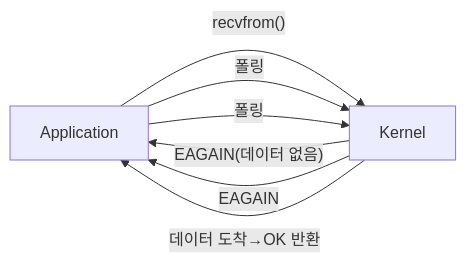
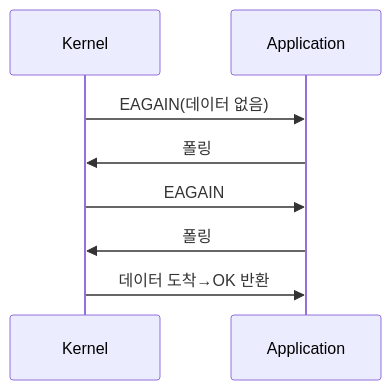
Before and after one commit to yjkim2015/yjkim2015.github.io: the sixth of 9 diagrams in _posts/server/2026-05-01-sync-async-block-nonblock.md, drawn with Mermaid. The commit also changed other lines of this file and 89 other files, not shown here.

First line of the commit message:
복잡한 flowchart 163개 → sequenceDiagram 변환 (90파일)

````diff
--- a/_posts/server/2026-05-01-sync-async-block-nonblock.md
+++ b/_posts/server/2026-05-01-sync-async-block-nonblock.md
@@ -282,9 +280,8 @@
 ```mermaid
-graph LR
-    App["Application"] -->|"recvfrom()"| K["Kernel"]
-    K -->|"EAGAIN(데이터 없음)"| App
-    App -->|"폴링"| K
-    K -->|"EAGAIN"| App
-    App -->|"폴링"| K
-    K -->|"데이터 도착→OK 반환"| App
+sequenceDiagram
+    Kernel->>Application: EAGAIN(데이터 없음)
+    Application->>Kernel: 폴링
+    Kernel->>Application: EAGAIN
+    Application->>Kernel: 폴링
+    Kernel->>Application: 데이터 도착→OK 반환
 ```
````
